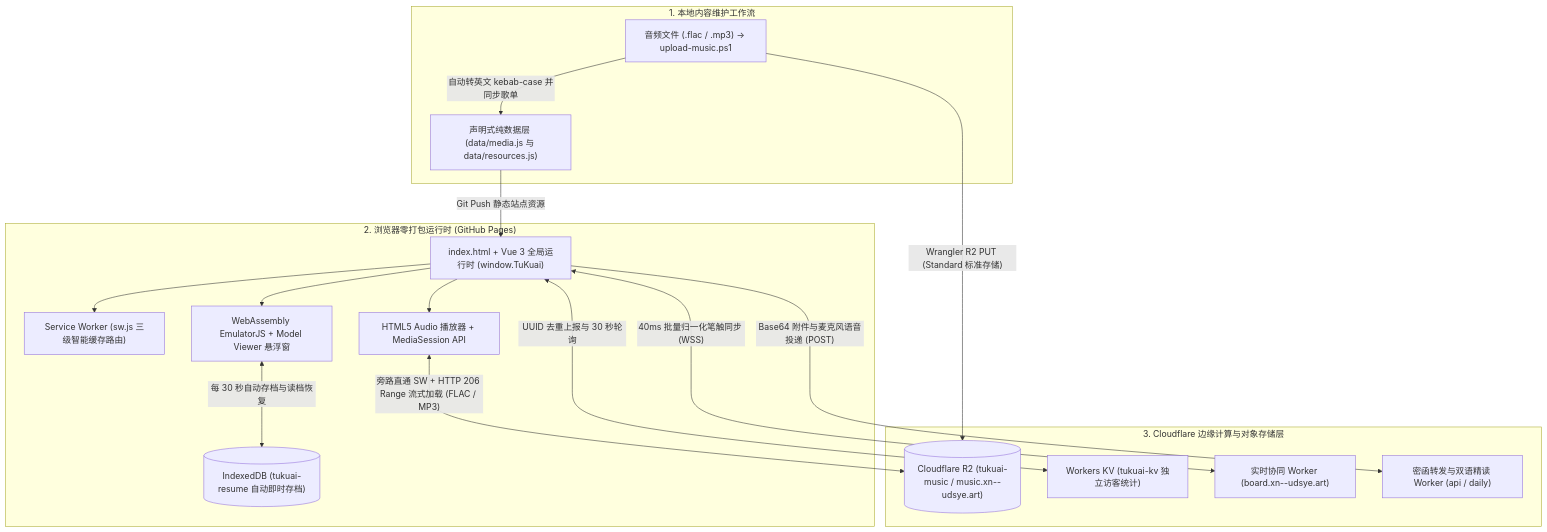
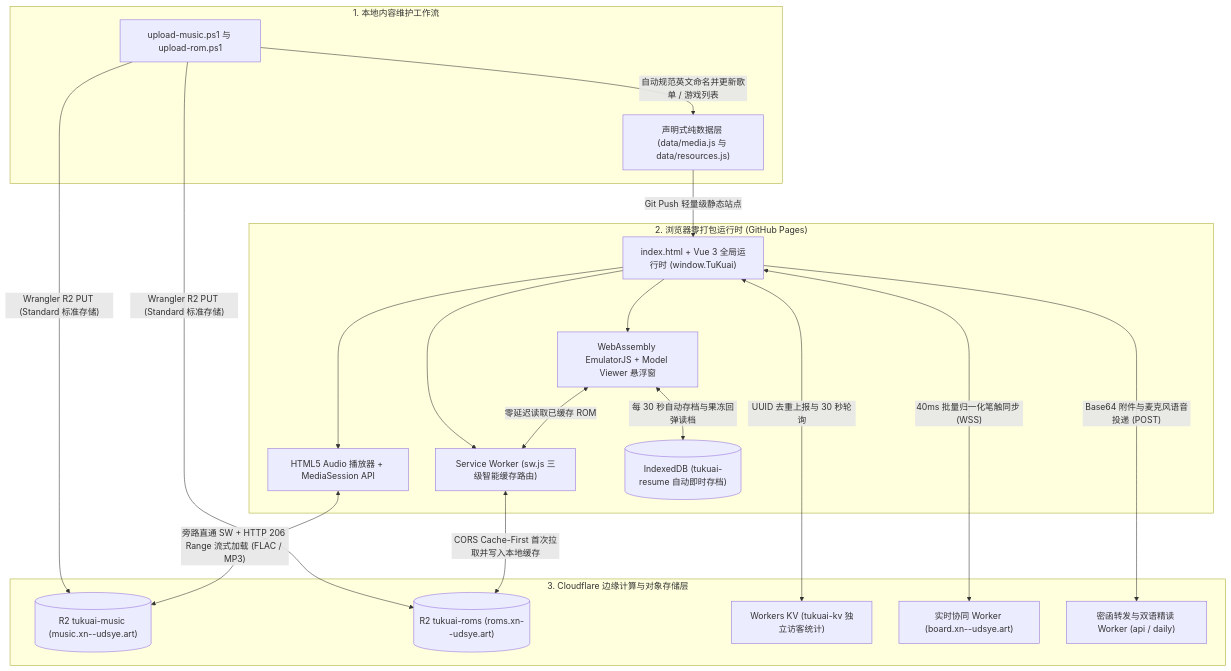
The diagram in README.zh-CN.md (GallantTarry/TuKuai), drawn with Mermaid before and after one commit. The commit also changed other lines of this file and 35 other files, not shown here.

First line of the commit message:
Move game ROMs to Cloudflare R2

````diff
--- a/README.zh-CN.md
+++ b/README.zh-CN.md
@@ -89,34 +79,38 @@
 ```mermaid
 flowchart TD
     subgraph Maintainer["1. 本地内容维护工作流"]
-        M1["音频文件 (.flac / .mp3) -> upload-music.ps1"]
+        M1["upload-music.ps1 与 upload-rom.ps1"]
         M2["声明式纯数据层 (data/media.js 与 data/resources.js)"]
-        M1 -->|"自动转英文 kebab-case 并同步歌单"| M2
+        M1 -->|"自动规范英文命名并更新歌单 / 游戏列表"| M2
     end
 
     subgraph Client["2. 浏览器零打包运行时 (GitHub Pages)"]
         UI["index.html + Vue 3 全局运行时 (window.TuKuai)"]
         SW["Service Worker (sw.js 三级智能缓存路由)"]
         AUD["HTML5 Audio 播放器 + MediaSession API"]
         EMU["WebAssembly EmulatorJS + Model Viewer 悬浮窗"]
         IDB[("IndexedDB (tukuai-resume 自动即时存档)")]
         UI --> SW
         UI --> AUD
         UI --> EMU
-        EMU <-->|"每 30 秒自动存档与读档恢复"| IDB
+        EMU <-->|"每 30 秒自动存档与果冻回弹读档"| IDB
     end
 
     subgraph Edge["3. Cloudflare 边缘计算与对象存储层"]
-        R2[("Cloudflare R2 (tukuai-music / music.xn--udsye.art)")]
+        R2M[("R2 tukuai-music (music.xn--udsye.art)")]
+        R2R[("R2 tukuai-roms (roms.xn--udsye.art)")]
         KV["Workers KV (tukuai-kv 独立访客统计)"]
         WS["实时协同 Worker (board.xn--udsye.art)"]
         MAIL["密函转发与双语精读 Worker (api / daily)"]
     end
 
-    M1 -->|"Wrangler R2 PUT (Standard 标准存储)"| R2
-    M2 -->|"Git Push 静态站点资源"| UI
-    AUD <-->|"旁路直通 SW + HTTP 206 Range 流式加载 (FLAC / MP3)"| R2
+    M1 -->|"Wrangler R2 PUT (Standard 标准存储)"| R2M
+    M1 -->|"Wrangler R2 PUT (Standard 标准存储)"| R2R
+    M2 -->|"Git Push 轻量级静态站点"| UI
+    AUD <-->|"旁路直通 SW + HTTP 206 Range 流式加载 (FLAC / MP3)"| R2M
+    SW <-->|"CORS Cache-First 首次拉取并写入本地缓存"| R2R
+    EMU <-->|"零延迟读取已缓存 ROM"| SW
     UI <-->|"UUID 去重上报与 30 秒轮询"| KV
     UI <-->|"40ms 批量归一化笔触同步 (WSS)"| WS
     UI -->|"Base64 附件与麦克风语音投递 (POST)"| MAIL
 ```
````
